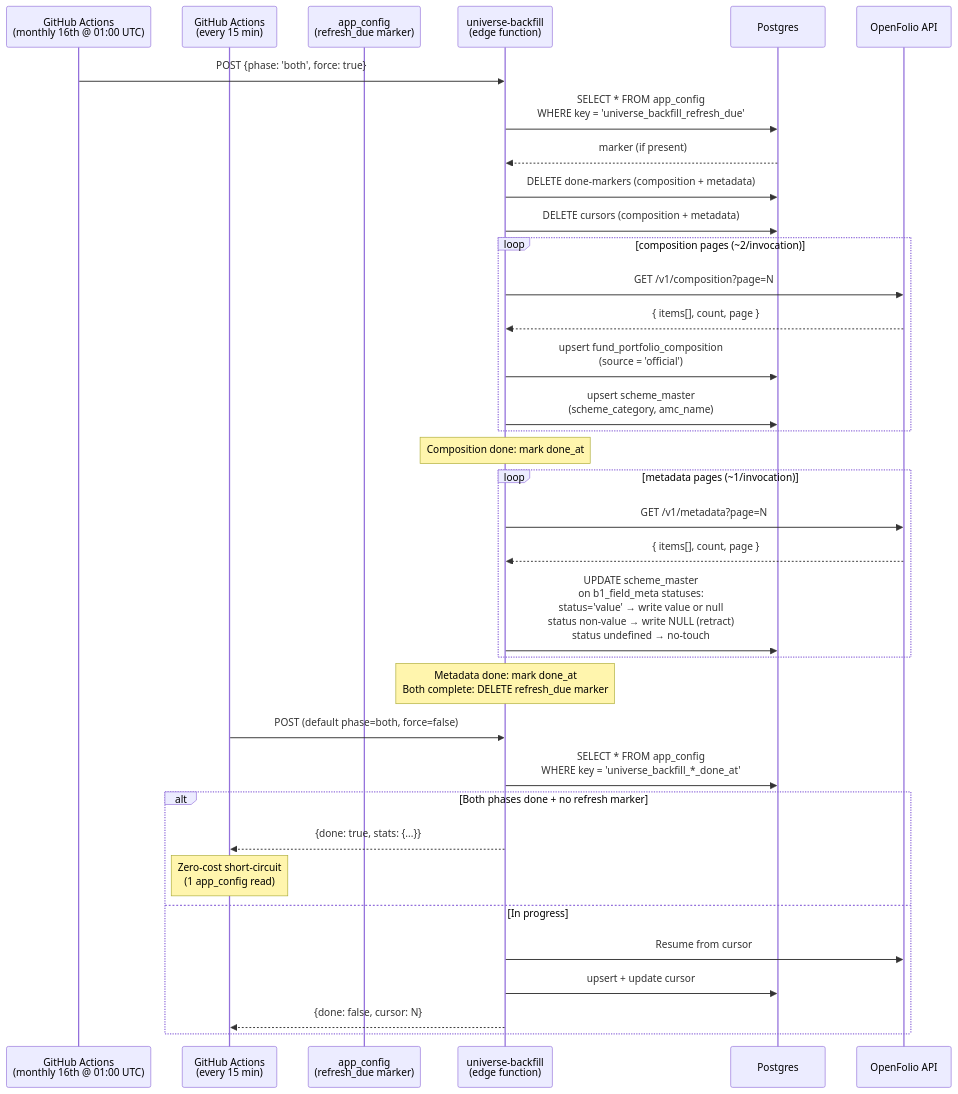
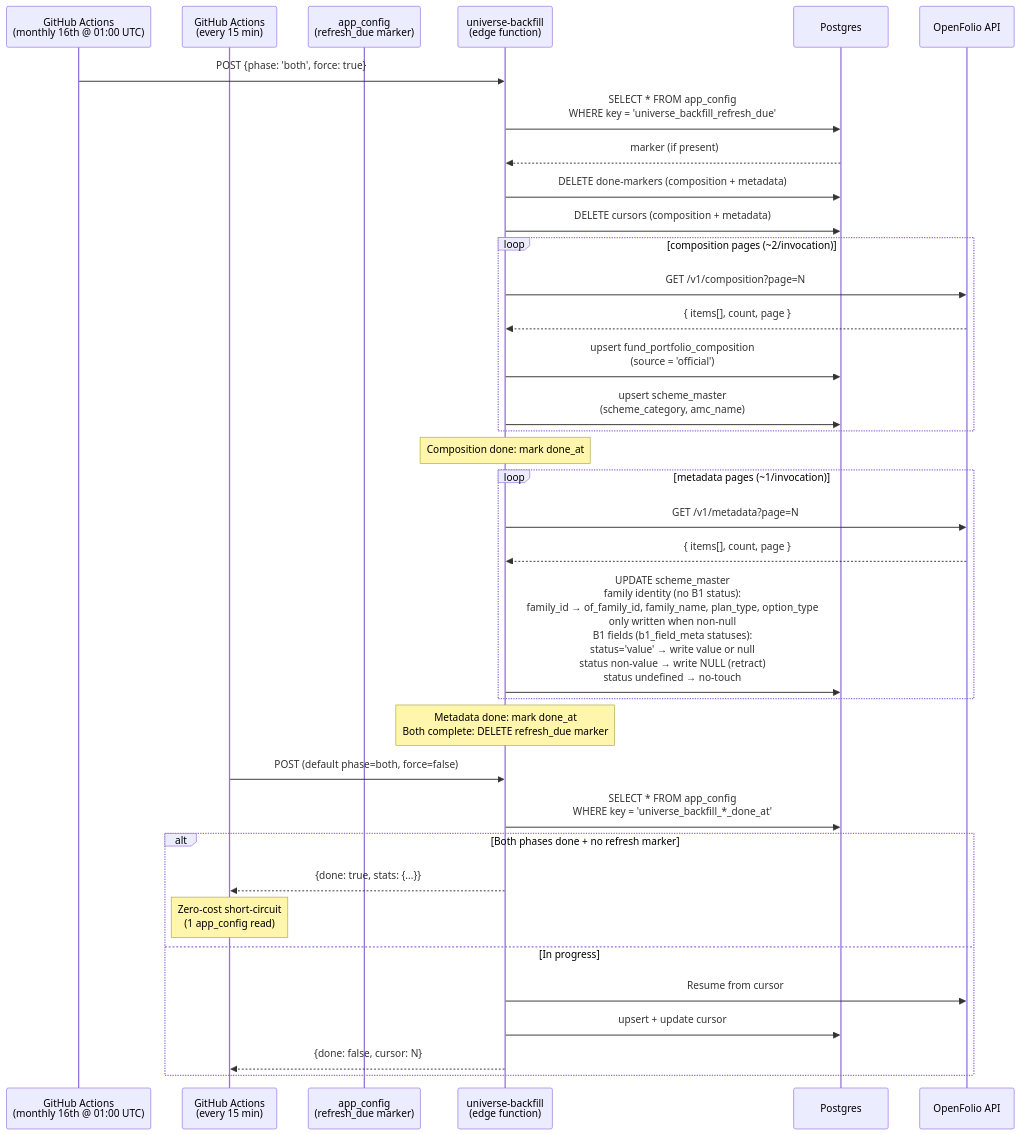
One commit to himanshu4141/FolioLens changed the eighth of 9 diagrams in docs/architecture/data-sync-pipeline.md. Above: the diagram before and after it, drawn with Mermaid. The commit also changed other lines of this file and 12 other files, not shown here.

````diff
--- a/docs/architecture/data-sync-pipeline.md
+++ b/docs/architecture/data-sync-pipeline.md
@@ -281,39 +283,39 @@
 ```mermaid
 sequenceDiagram
   participant Monthly as GitHub Actions<br/>(monthly 16th @ 01:00 UTC)
   participant Frequent as GitHub Actions<br/>(every 15 min)
   participant AppConfig as app_config<br/>(refresh_due marker)
   participant Fn as universe-backfill<br/>(edge function)
   participant DB as Postgres
   participant OF as OpenFolio API
 
   Monthly->>Fn: POST {phase: 'both', force: true}
   Fn->>DB: SELECT * FROM app_config<br/>WHERE key = 'universe_backfill_refresh_due'
   DB-->>Fn: marker (if present)
   Fn->>DB: DELETE done-markers (composition + metadata)
   Fn->>DB: DELETE cursors (composition + metadata)
   loop composition pages (~2/invocation)
     Fn->>OF: GET /v1/composition?page=N
     OF-->>Fn: { items[], count, page }
     Fn->>DB: upsert fund_portfolio_composition<br/>(source = 'official')
     Fn->>DB: upsert scheme_master<br/>(scheme_category, amc_name)
   end
   Note over Fn: Composition done: mark done_at
   loop metadata pages (~1/invocation)
     Fn->>OF: GET /v1/metadata?page=N
     OF-->>Fn: { items[], count, page }
-    Fn->>DB: UPDATE scheme_master<br/>on b1_field_meta statuses:<br/>  status='value' → write value or null<br/>  status non-value → write NULL (retract)<br/>  status undefined → no-touch
+    Fn->>DB: UPDATE scheme_master<br/>family identity (no B1 status):<br/>  family_id → of_family_id, family_name, plan_type, option_type<br/>  only written when non-null<br/>B1 fields (b1_field_meta statuses):<br/>  status='value' → write value or null<br/>  status non-value → write NULL (retract)<br/>  status undefined → no-touch
   end
   Note over Fn: Metadata done: mark done_at<br/>Both complete: DELETE refresh_due marker
   
   Frequent->>Fn: POST (default phase=both, force=false)
   Fn->>DB: SELECT * FROM app_config<br/>WHERE key = 'universe_backfill_*_done_at'
   alt Both phases done + no refresh marker
     Fn-->>Frequent: {done: true, stats: {...}}
     Note over Frequent: Zero-cost short-circuit<br/>(1 app_config read)
   else In progress
     Fn->>OF: Resume from cursor
     Fn->>DB: upsert + update cursor
     Fn-->>Frequent: {done: false, cursor: N}
   end
 ```
````
